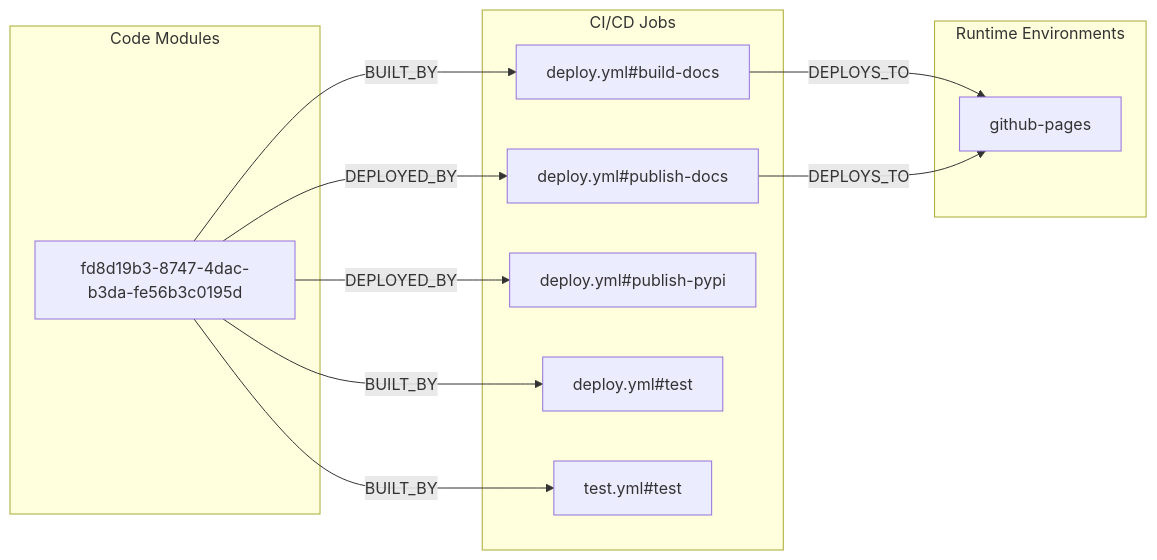
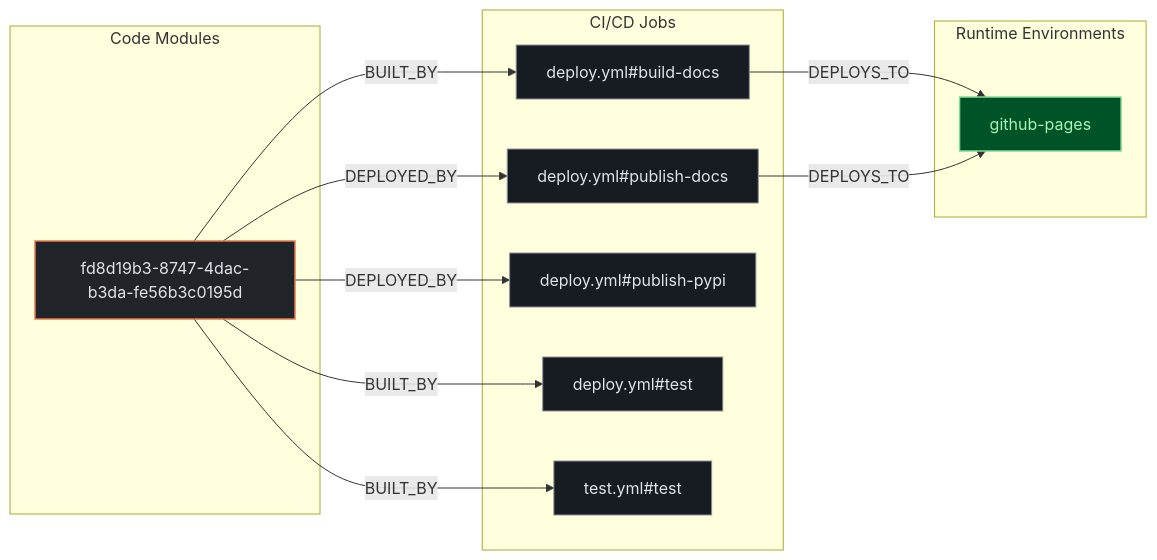
The first of 2 diagrams in exports/latest/reports/backstage-mkdocs-monorepo-plugin-report.md (kumarshaz/atruss-code-atlas), drawn with Mermaid before and after one commit. The commit also changed other lines of this file and 331 other files, not shown here.

Commit message:
docs,ui,fix: update SDLC docs, reorder CI/CD DAG first, stylize Mermaid, and fix Arc42 pipeline topology

````diff
--- a/exports/latest/reports/backstage-mkdocs-monorepo-plugin-report.md
+++ b/exports/latest/reports/backstage-mkdocs-monorepo-plugin-report.md
@@ -66,23 +66,27 @@
 ```mermaid
 flowchart LR
+    classDef atlasCategory fill:#212428,stroke:#E87A48,stroke-width:1.5px,color:#dfe3eb
+    classDef atlasWorkflow fill:#1b2026,stroke:#a3c9ff,stroke-width:1.5px,color:#dfe3eb
+    classDef atlasJob fill:#171c22,stroke:#8d9199,stroke-width:1px,color:#dfe3eb
+    classDef atlasTarget fill:#005227,stroke:#8bd99b,stroke-width:1.5px,color:#a7f6b6
     subgraph code_modules["Code Modules"]
-        mod_fd8d19b3_8747_4dac_b3da_fe56b3c0195d["fd8d19b3-8747-4dac-b3da-fe56b3c0195d"]
+        mod_fd8d19b3_8747_4dac_b3da_fe56b3c0195d["fd8d19b3-8747-4dac-b3da-fe56b3c0195d"]:::atlasCategory
     end
     subgraph ci_jobs["CI/CD Jobs"]
-        job_deploy_yml_build_docs["deploy.yml#build-docs"]
-        job_deploy_yml_publish_docs["deploy.yml#publish-docs"]
-        job_deploy_yml_publish_pypi["deploy.yml#publish-pypi"]
-        job_deploy_yml_test["deploy.yml#test"]
-        job_test_yml_test["test.yml#test"]
+        job_deploy_yml_build_docs["deploy.yml#build-docs"]:::atlasJob
+        job_deploy_yml_publish_docs["deploy.yml#publish-docs"]:::atlasJob
+        job_deploy_yml_publish_pypi["deploy.yml#publish-pypi"]:::atlasJob
+        job_deploy_yml_test["deploy.yml#test"]:::atlasJob
+        job_test_yml_test["test.yml#test"]:::atlasJob
     end
     subgraph runtime_envs["Runtime Environments"]
-        env_github_pages["github-pages"]
+        env_github_pages["github-pages"]:::atlasTarget
     end
     job_deploy_yml_build_docs -->|DEPLOYS_TO| env_github_pages
     job_deploy_yml_publish_docs -->|DEPLOYS_TO| env_github_pages
     mod_fd8d19b3_8747_4dac_b3da_fe56b3c0195d -->|BUILT_BY| job_deploy_yml_build_docs
     mod_fd8d19b3_8747_4dac_b3da_fe56b3c0195d -->|BUILT_BY| job_deploy_yml_test
     mod_fd8d19b3_8747_4dac_b3da_fe56b3c0195d -->|BUILT_BY| job_test_yml_test
     mod_fd8d19b3_8747_4dac_b3da_fe56b3c0195d -->|DEPLOYED_BY| job_deploy_yml_publish_docs
     mod_fd8d19b3_8747_4dac_b3da_fe56b3c0195d -->|DEPLOYED_BY| job_deploy_yml_publish_pypi
 ```
````
